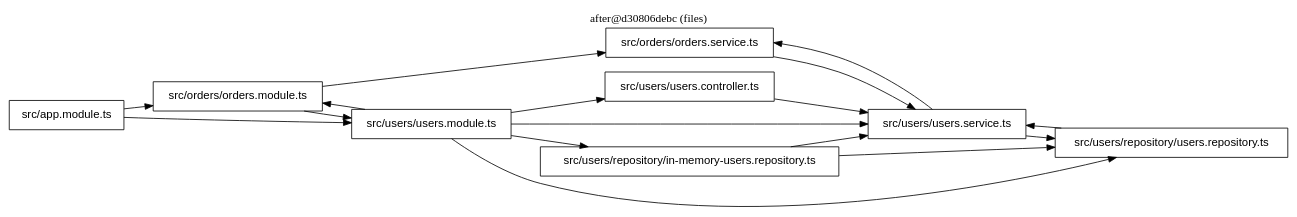
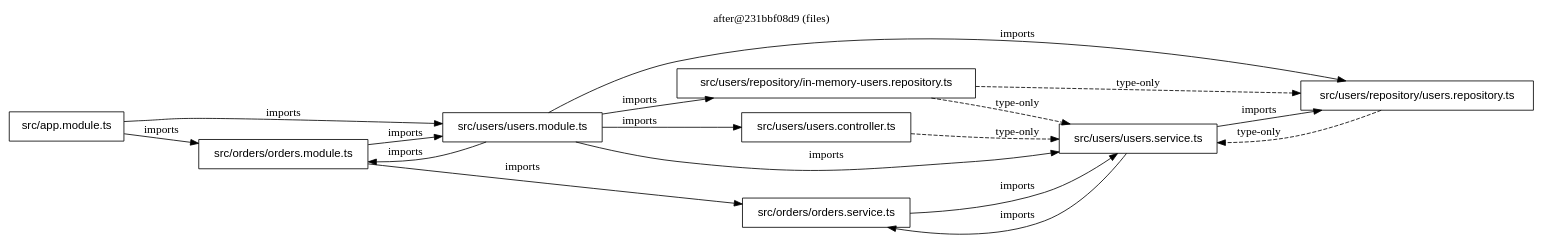
Before and after one commit to FullFran/archsieve: the diagram in examples/nest-shop/files-after.dot, drawn with Graphviz. The commit also changed 12 other files, not shown here.

First line of the commit message:
feat(render): label every arrow with its relation and dash type-only imports

```diff
--- a/examples/nest-shop/files-after.dot
+++ b/examples/nest-shop/files-after.dot
@@ -1,29 +1,29 @@
 digraph archsieve {
   rankdir=LR;
   node [shape=box, fontname="Helvetica"];
-  label="after@d30806debc (files)"; labelloc=t;
+  label="after@231bbf08d9 (files)"; labelloc=t;
   "src/app.module.ts" [label="src/app.module.ts"];
   "src/orders/orders.module.ts" [label="src/orders/orders.module.ts"];
   "src/orders/orders.service.ts" [label="src/orders/orders.service.ts"];
   "src/users/repository/in-memory-users.repository.ts" [label="src/users/repository/in-memory-users.repository.ts"];
   "src/users/repository/users.repository.ts" [label="src/users/repository/users.repository.ts"];
   "src/users/users.controller.ts" [label="src/users/users.controller.ts"];
   "src/users/users.module.ts" [label="src/users/users.module.ts"];
   "src/users/users.service.ts" [label="src/users/users.service.ts"];
-  "src/app.module.ts" -> "src/orders/orders.module.ts";
-  "src/app.module.ts" -> "src/users/users.module.ts";
-  "src/orders/orders.module.ts" -> "src/orders/orders.service.ts";
-  "src/orders/orders.module.ts" -> "src/users/users.module.ts";
-  "src/orders/orders.service.ts" -> "src/users/users.service.ts";
-  "src/users/repository/in-memory-users.repository.ts" -> "src/users/repository/users.repository.ts";
-  "src/users/repository/in-memory-users.repository.ts" -> "src/users/users.service.ts";
-  "src/users/repository/users.repository.ts" -> "src/users/users.service.ts";
-  "src/users/users.controller.ts" -> "src/users/users.service.ts";
-  "src/users/users.module.ts" -> "src/orders/orders.module.ts";
-  "src/users/users.module.ts" -> "src/users/repository/in-memory-users.repository.ts";
-  "src/users/users.module.ts" -> "src/users/repository/users.repository.ts";
-  "src/users/users.module.ts" -> "src/users/users.controller.ts";
-  "src/users/users.module.ts" -> "src/users/users.service.ts";
-  "src/users/users.service.ts" -> "src/orders/orders.service.ts";
-  "src/users/users.service.ts" -> "src/users/repository/users.repository.ts";
+  "src/app.module.ts" -> "src/orders/orders.module.ts" [label="imports"];
+  "src/app.module.ts" -> "src/users/users.module.ts" [label="imports"];
+  "src/orders/orders.module.ts" -> "src/orders/orders.service.ts" [label="imports"];
+  "src/orders/orders.module.ts" -> "src/users/users.module.ts" [label="imports"];
+  "src/orders/orders.service.ts" -> "src/users/users.service.ts" [label="imports"];
+  "src/users/repository/in-memory-users.repository.ts" -> "src/users/repository/users.repository.ts" [style=dashed, label="type-only"];
+  "src/users/repository/in-memory-users.repository.ts" -> "src/users/users.service.ts" [style=dashed, label="type-only"];
+  "src/users/repository/users.repository.ts" -> "src/users/users.service.ts" [style=dashed, label="type-only"];
+  "src/users/users.controller.ts" -> "src/users/users.service.ts" [style=dashed, label="type-only"];
+  "src/users/users.module.ts" -> "src/orders/orders.module.ts" [label="imports"];
+  "src/users/users.module.ts" -> "src/users/repository/in-memory-users.repository.ts" [label="imports"];
+  "src/users/users.module.ts" -> "src/users/repository/users.repository.ts" [label="imports"];
+  "src/users/users.module.ts" -> "src/users/users.controller.ts" [label="imports"];
+  "src/users/users.module.ts" -> "src/users/users.service.ts" [label="imports"];
+  "src/users/users.service.ts" -> "src/orders/orders.service.ts" [label="imports"];
+  "src/users/users.service.ts" -> "src/users/repository/users.repository.ts" [label="imports"];
 }
```
